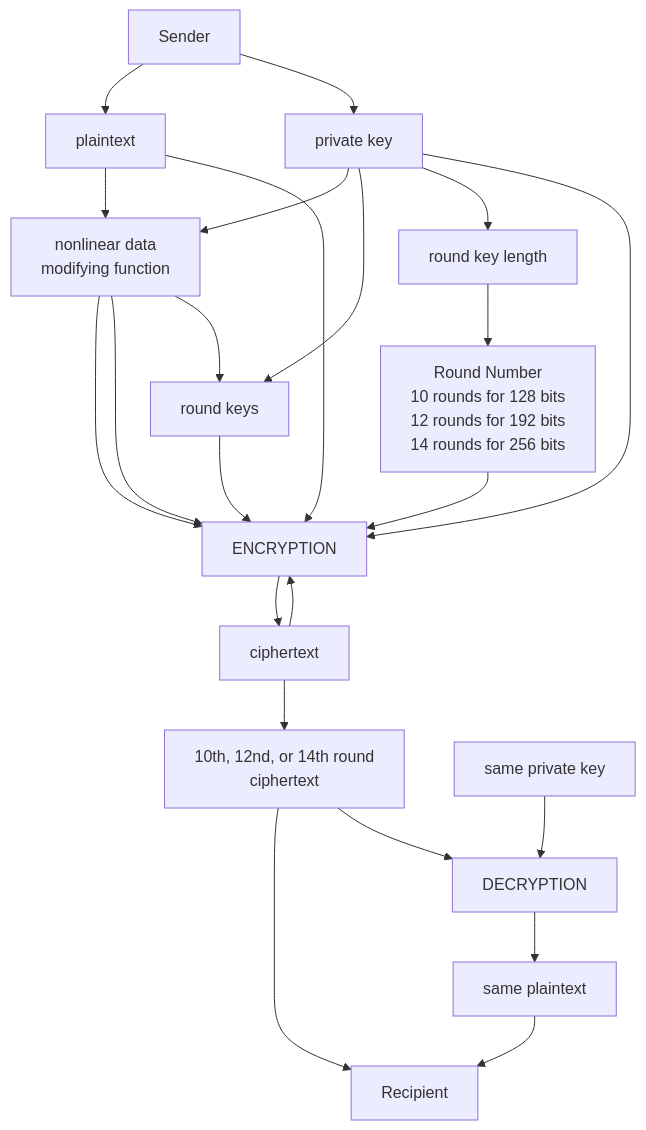
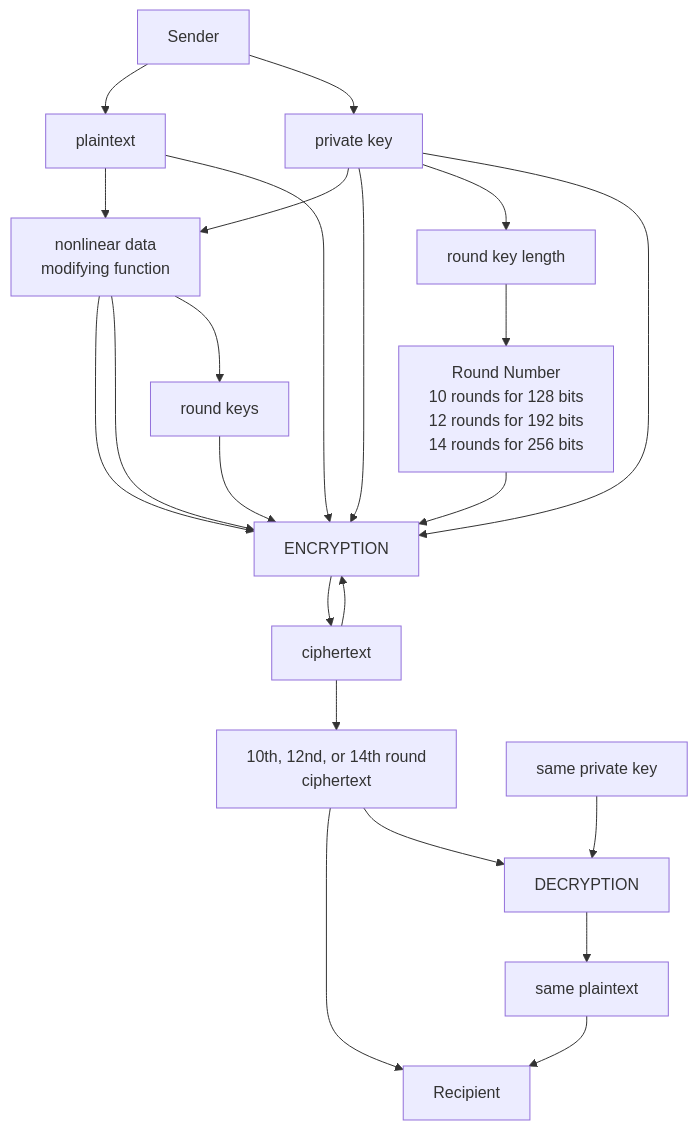
The diagram in README.md (Kietpawpan/encryption), drawn with Mermaid before and after one commit.

````diff
--- a/README.md
+++ b/README.md
@@ -5,15 +5,15 @@
 ```mermaid
 flowchart TD
     A[Sender] --> B[plaintext]-->FC
     C[private key]-->FC-->D[ENCRYPTION]-->E[ciphertext]-->D
     E-->FN[10th, 12nd, or 14th round\nciphertext]-->F[Recipient]
     C2[same private key]-->G[DECRYPTION]-->I[same plaintext]-->F
      FN-->G
-A-->C
-C-->RK[round keys]-->D
+A-->C-->D
+RK[round keys]-->D
 C-->RKL[round key length]-->RN[Round Number\n10 rounds for 128 bits\n12 rounds for 192 bits\n14 rounds for 256 bits]-->D
 FC[nonlinear data \nmodifying function]-->D
 FC-->RK
 B-->D
 C-->D
 ```
````
